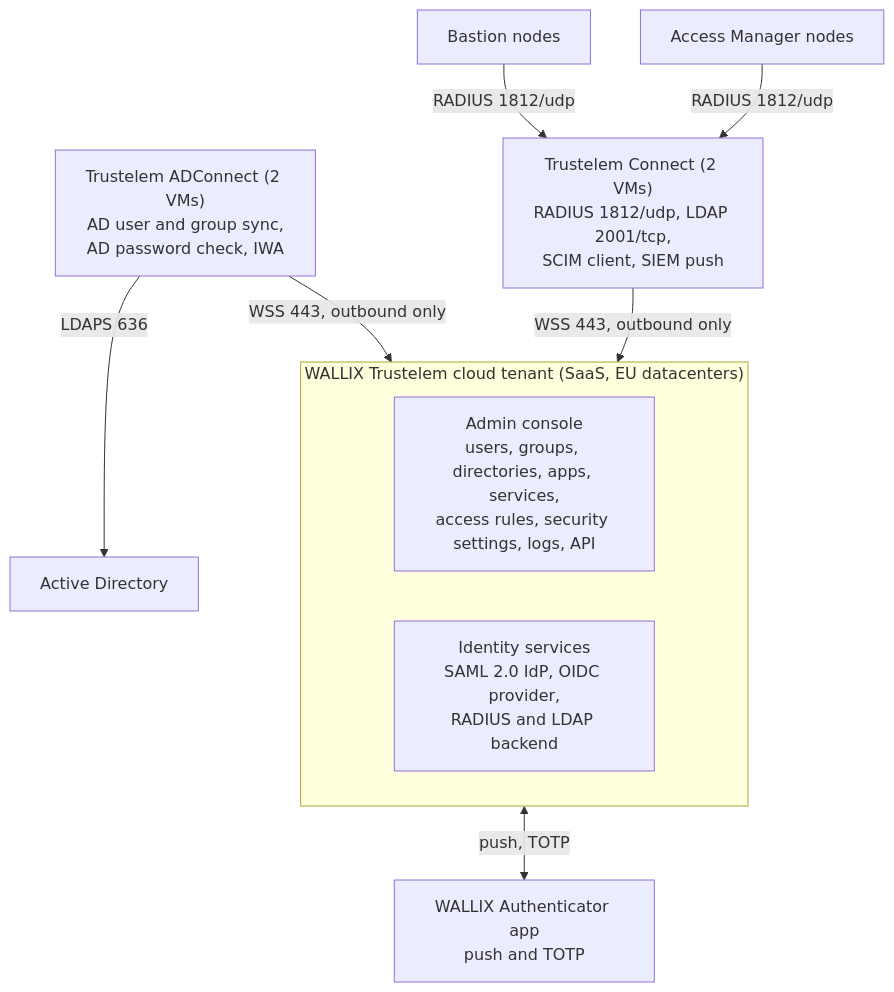
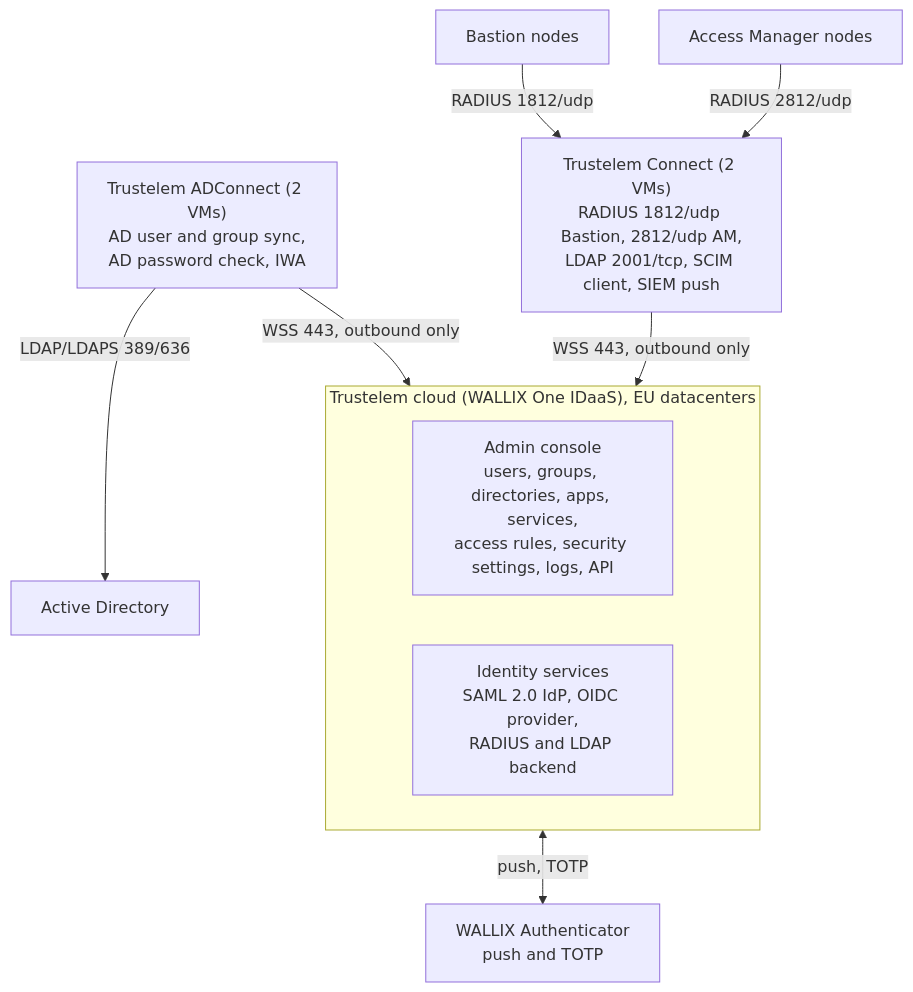
The diagram in tools/diagrams/02-trustelem-components.mmd (morandeirachema/Trustelem-), drawn with Mermaid before and after one commit. The commit also changed 19 other files, not shown here.

Commit message:
Audit pass 2: diagrams synced with text, AM RADIUS listener 2812, Authentication domain name rule, gap B7

```diff
--- a/tools/diagrams/02-trustelem-components.mmd
+++ b/tools/diagrams/02-trustelem-components.mmd
@@ -1,18 +1,18 @@
 flowchart TB
-    subgraph CLOUD["WALLIX Trustelem cloud tenant (SaaS, EU datacenters)"]
+    subgraph CLOUD["Trustelem cloud (WALLIX One IDaaS), EU datacenters"]
         direction LR
         CONSOLE["Admin console<br/>users, groups, directories, apps, services,<br/>access rules, security settings, logs, API"]
         SVC["Identity services<br/>SAML 2.0 IdP, OIDC provider,<br/>RADIUS and LDAP backend"]
     end
-    APP["WALLIX Authenticator app<br/>push and TOTP"]
+    APP["WALLIX Authenticator<br/>push and TOTP"]
     ADC["Trustelem ADConnect (2 VMs)<br/>AD user and group sync,<br/>AD password check, IWA"]
-    TC["Trustelem Connect (2 VMs)<br/>RADIUS 1812/udp, LDAP 2001/tcp,<br/>SCIM client, SIEM push"]
+    TC["Trustelem Connect (2 VMs)<br/>RADIUS 1812/udp Bastion, 2812/udp AM,<br/>LDAP 2001/tcp, SCIM client, SIEM push"]
     AD["Active Directory"]
     BAST["Bastion nodes"]
     AM["Access Manager nodes"]
     SVC <-->|push, TOTP| APP
     ADC -->|WSS 443, outbound only| SVC
     TC -->|WSS 443, outbound only| SVC
-    ADC -->|LDAPS 636| AD
+    ADC -->|LDAP/LDAPS 389/636| AD
     BAST -->|RADIUS 1812/udp| TC
-    AM -->|RADIUS 1812/udp| TC
+    AM -->|RADIUS 2812/udp| TC
```
